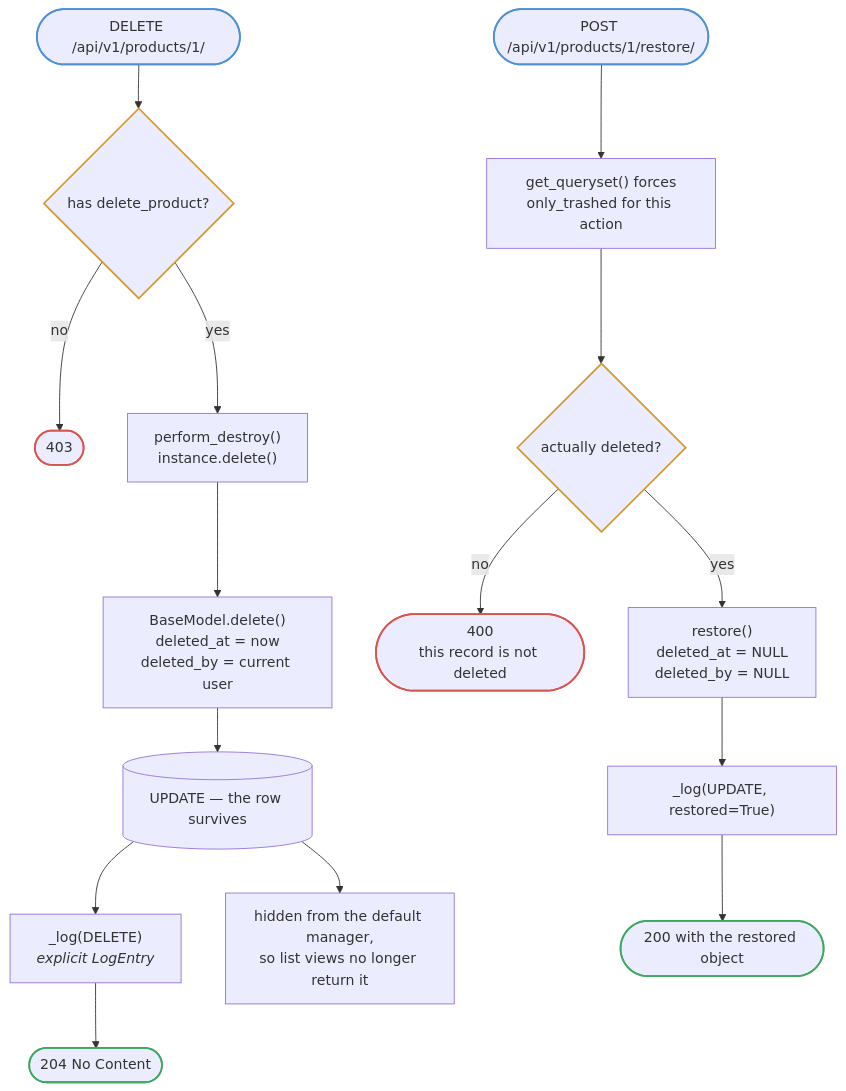
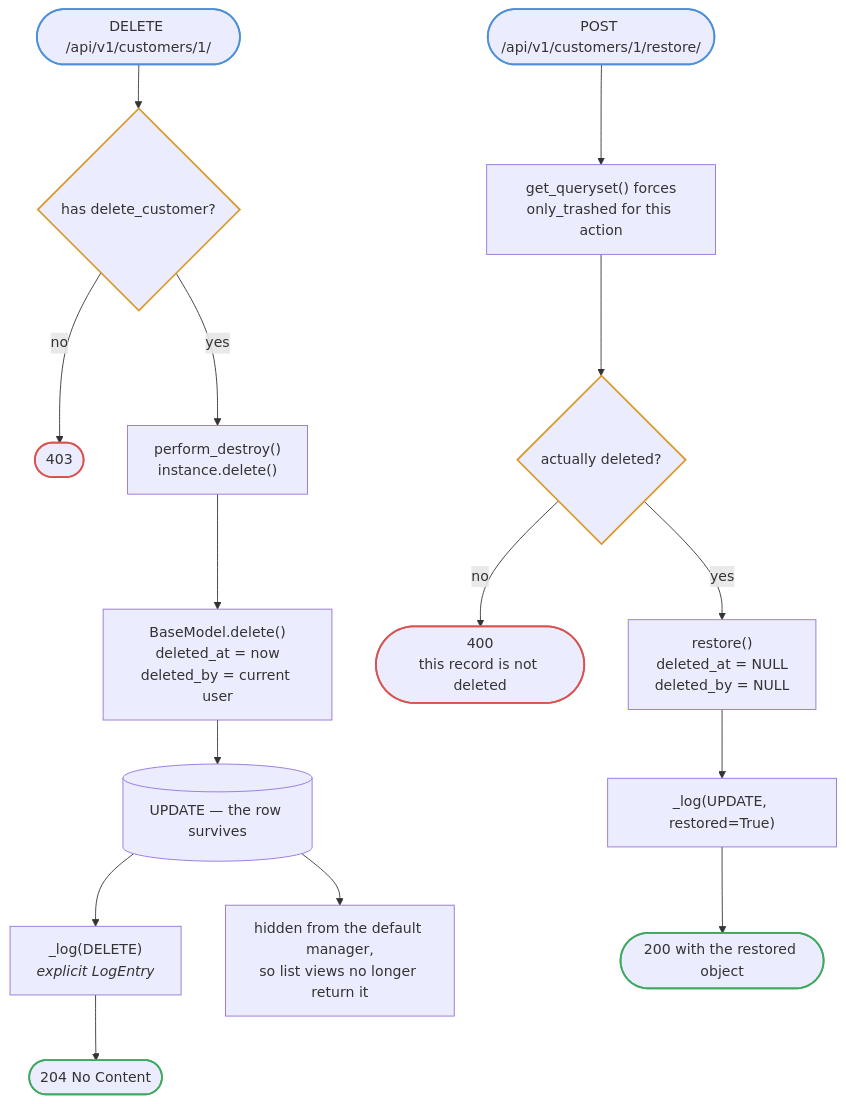
One commit to TGCTZ/TGC-SERVICE-BACKEND changed the first of 5 diagrams in docs/diagrams/soft-delete-audit.md. Above: the diagram before and after it, drawn with Mermaid. The commit also changed other lines of this file and 144 other files, not shown here.

````diff
--- a/docs/diagrams/soft-delete-audit.md
+++ b/docs/diagrams/soft-delete-audit.md
@@ -8,29 +8,29 @@
 ```mermaid
 flowchart TD
-    DEL(["DELETE /api/v1/products/1/"]) --> PERM{"has delete_product?"}
+    DEL(["DELETE /api/v1/customers/1/"]) --> PERM{"has delete_customer?"}
     PERM -->|no| E403(["403"])
     PERM -->|yes| SOFT["perform_destroy()<br/>instance.delete()"]
 
     SOFT --> STAMP["BaseModel.delete()<br/>deleted_at = now<br/>deleted_by = current user"]
     STAMP --> UPD[("UPDATE — the row survives")]
     UPD --> COMP["_log(DELETE)<br/><i>explicit LogEntry</i>"]
     COMP --> R204(["204 No Content"])
 
     UPD --> HIDDEN["hidden from the default manager,<br/>so list views no longer return it"]
 
-    RES(["POST /api/v1/products/1/restore/"]) --> FIND["get_queryset() forces<br/>only_trashed for this action"]
+    RES(["POST /api/v1/customers/1/restore/"]) --> FIND["get_queryset() forces<br/>only_trashed for this action"]
     FIND --> ISDEL{"actually deleted?"}
     ISDEL -->|no| E400(["400<br/>this record is not deleted"])
     ISDEL -->|yes| CLEAR["restore()<br/>deleted_at = NULL<br/>deleted_by = NULL"]
     CLEAR --> COMP2["_log(UPDATE, restored=True)"]
     COMP2 --> R200(["200 with the restored object"])
 
     style DEL stroke:#4d90d9,stroke-width:2px
     style RES stroke:#4d90d9,stroke-width:2px
     style PERM stroke:#d99a2b,stroke-width:2px
     style ISDEL stroke:#d99a2b,stroke-width:2px
     style R204 stroke:#3fa860,stroke-width:2px
     style R200 stroke:#3fa860,stroke-width:2px
     style E403 stroke:#d9534f,stroke-width:2px
     style E400 stroke:#d9534f,stroke-width:2px
 ```
````
